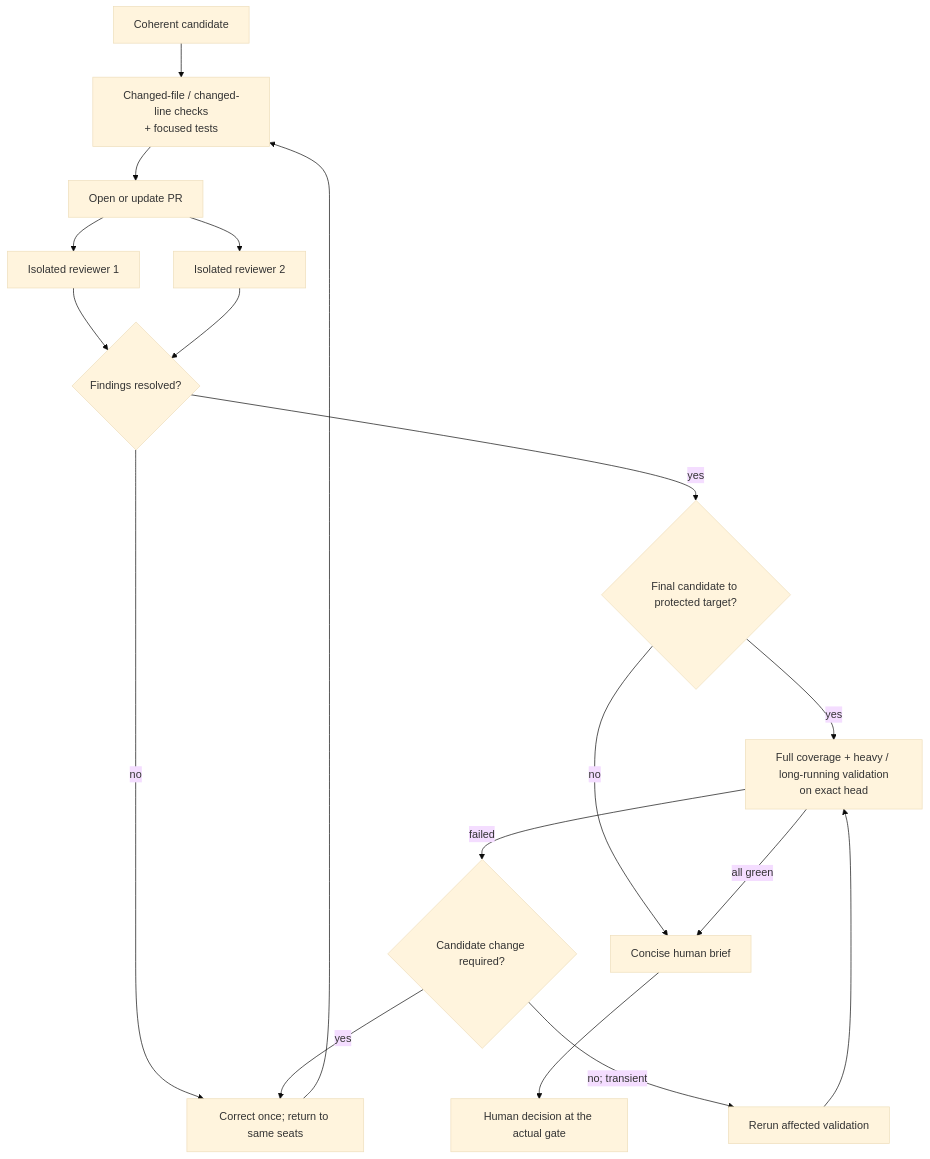
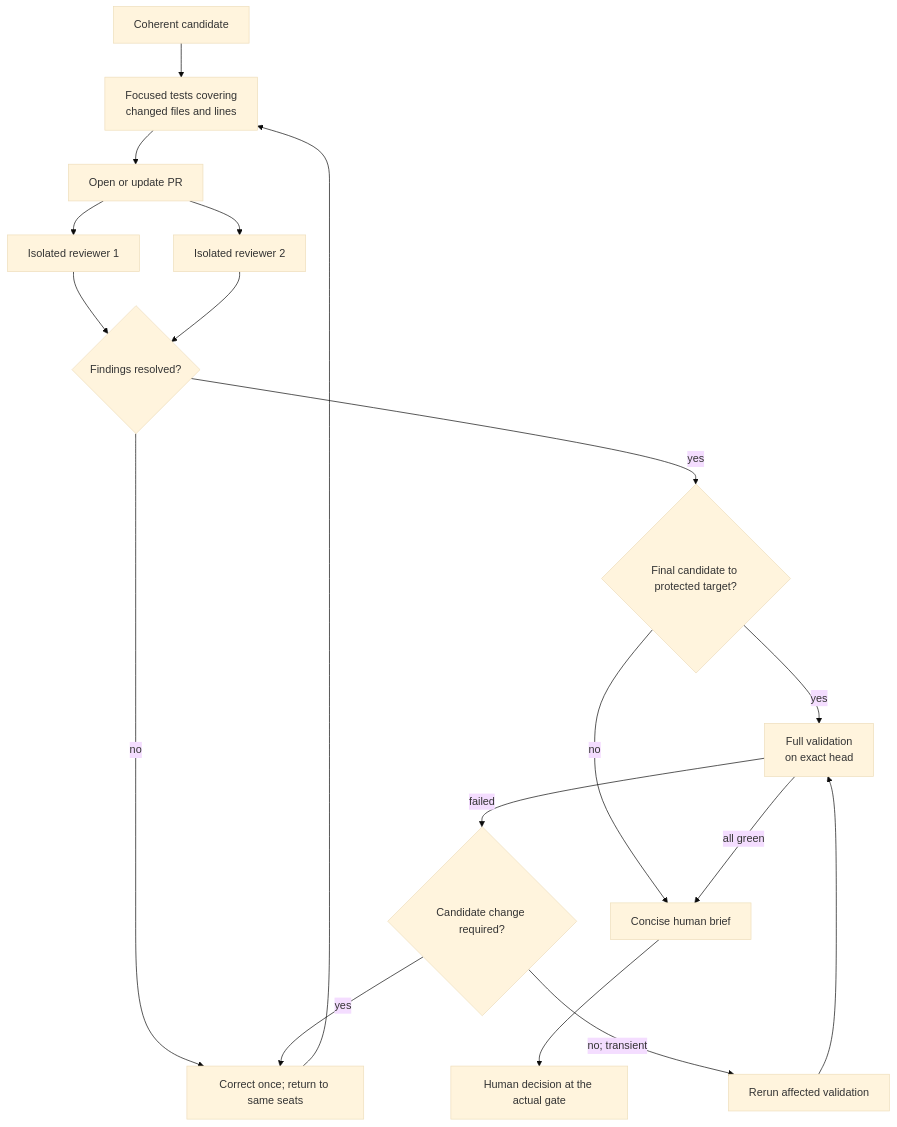
The ninth of 12 diagrams in README.md (hhhhhusky777/spec-driven-delivery-playbook), drawn with Mermaid (base theme) before and after one commit. The commit also changed other lines of this file and 9 other files, not shown here.

Commit message:
refactor: define focused and full validation gates

````diff
--- a/README.md
+++ b/README.md
@@ -407,20 +406,20 @@
 ```mermaid
 flowchart TD
-    C["Coherent candidate"] --> F["Changed-file / changed-line checks<br/>+ focused tests"]
+    C["Coherent candidate"] --> F["Focused tests covering<br/>changed files and lines"]
     F --> P["Open or update PR"]
     P --> R1["Isolated reviewer 1"]
     P --> R2["Isolated reviewer 2"]
     R1 --> J{"Findings resolved?"}
     R2 --> J
     J -->|"no"| X["Correct once; return to same seats"]
     X --> F
     J -->|"yes"| G{"Final candidate to protected target?"}
     G -->|"no"| B["Task PR human brief"]
-    G -->|"yes"| V["Full coverage + heavy / long-running validation<br/>on exact head"]
+    G -->|"yes"| V["Full validation<br/>on exact head"]
     V -->|"failed"| D{"Candidate change required?"}
     D -->|"yes"| X
     D -->|"no; transient"| Q["Rerun affected validation"]
     Q --> V
     V -->|"all green"| B["Concise human brief"]
     B --> H["Human decision at the actual gate"]
 ```
````
